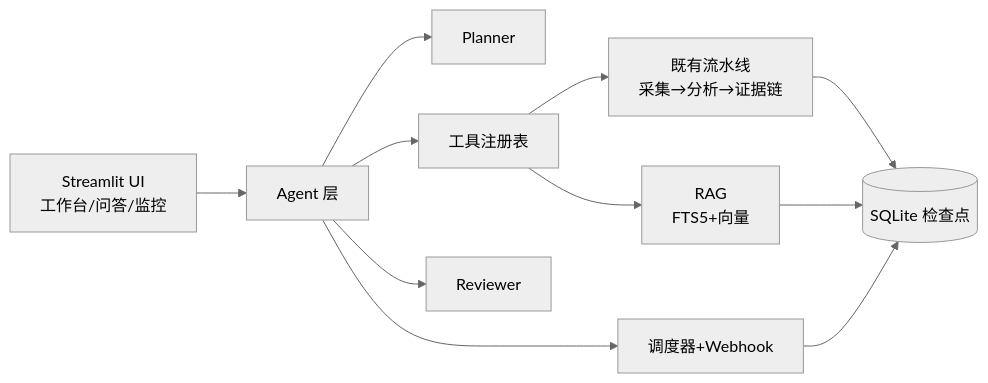
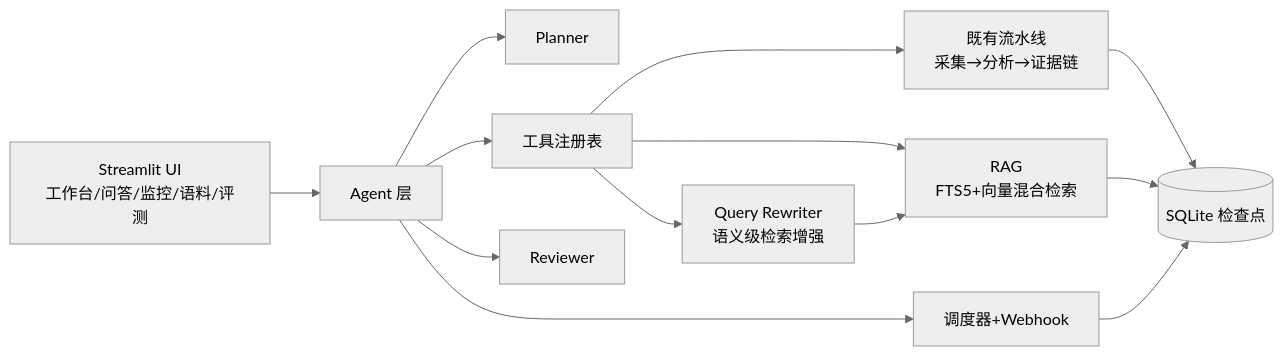
Before and after one commit to xshdxz/app-review-insights-agents: the diagram in README.md, drawn with Mermaid (neutral theme). The commit also changed other lines of this file and 1 other file, not shown here.

````diff
--- a/README.md
+++ b/README.md
@@ -39,13 +11,15 @@
 ```mermaid
 flowchart LR
-    U[Streamlit UI<br/>工作台/问答/监控] --> A[Agent 层]
+    U[Streamlit UI<br/>工作台/问答/监控/语料/评测] --> A[Agent 层]
     A --> P[Planner]
     A --> T[工具注册表]
     T --> C[既有流水线<br/>采集→分析→证据链]
-    T --> R[RAG<br/>FTS5+向量]
+    T --> R[RAG<br/>FTS5+向量混合检索]
+    T --> QR[Query Rewriter<br/>语义级检索增强]
     A --> V[Reviewer]
     A --> M[调度器+Webhook]
     C --> S[(SQLite 检查点)]
     R --> S
     M --> S
+    QR --> R
 ```
````
